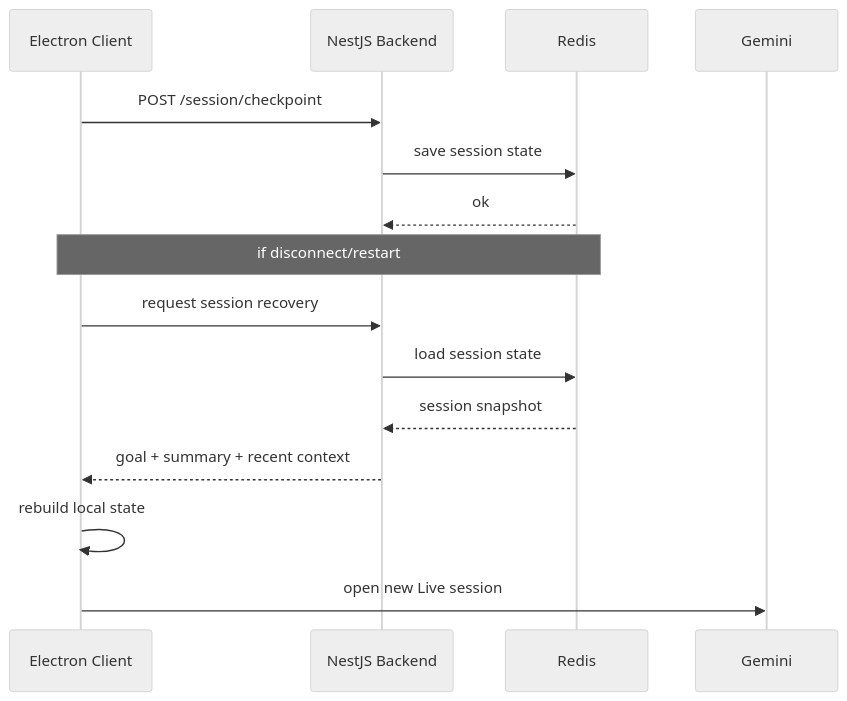
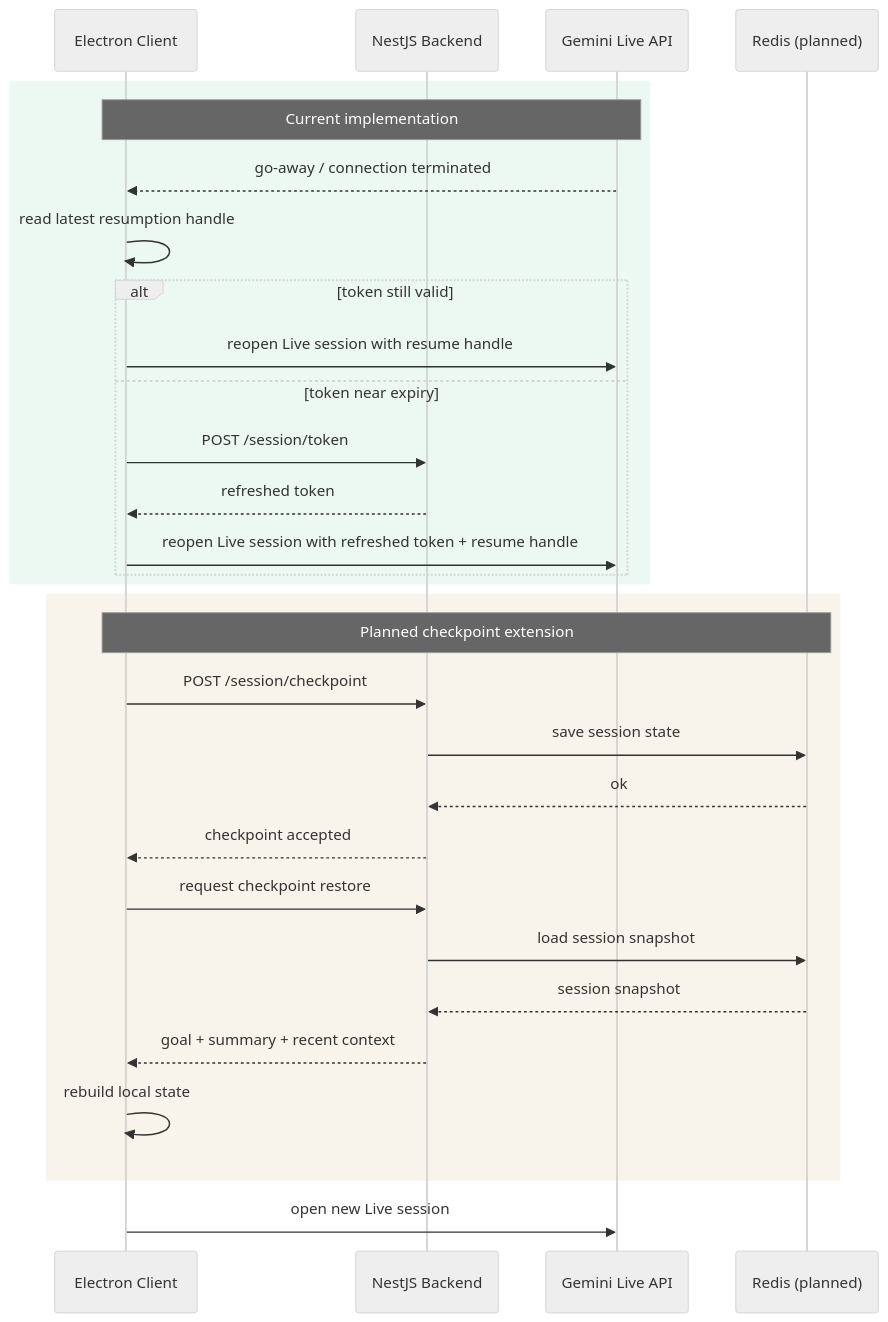
Before and after one commit to rafaself/Livepair: the diagram in docs/diagrams/session-recovery-flow.md, drawn with Mermaid (neutral theme). The commit also changed other lines of this file and 5 other files, not shown here.

Commit message:
docs(docs): align architecture diagrams with current state

````diff
--- a/docs/diagrams/session-recovery-flow.md
+++ b/docs/diagrams/session-recovery-flow.md
@@ -3,19 +3,35 @@
 ```mermaid
 sequenceDiagram
     participant Client as Electron Client
     participant Backend as NestJS Backend
-    participant Redis as Redis
+    participant Gemini as Gemini Live API
+    participant Redis as Redis (planned)
 
-    Client->>Backend: POST /session/checkpoint
-    Backend->>Redis: save session state
-    Redis-->>Backend: ok
+    rect rgb(236, 248, 242)
+        Note over Client,Gemini: Current implementation
+        Gemini-->>Client: go-away / connection terminated
+        Client->>Client: read latest resumption handle
+        alt token still valid
+            Client->>Gemini: reopen Live session with resume handle
+        else token near expiry
+            Client->>Backend: POST /session/token
+            Backend-->>Client: refreshed token
+            Client->>Gemini: reopen Live session with refreshed token + resume handle
+        end
+    end
 
-    Note over Client,Redis: if disconnect/restart
+    rect rgb(248, 244, 236)
+        Note over Client,Redis: Planned checkpoint extension
+        Client->>Backend: POST /session/checkpoint
+        Backend->>Redis: save session state
+        Redis-->>Backend: ok
+        Backend-->>Client: checkpoint accepted
+        Client->>Backend: request checkpoint restore
+        Backend->>Redis: load session snapshot
+        Redis-->>Backend: session snapshot
+        Backend-->>Client: goal + summary + recent context
+        Client->>Client: rebuild local state
+    end
 
-    Client->>Backend: request session recovery
-    Backend->>Redis: load session state
-    Redis-->>Backend: session snapshot
-    Backend-->>Client: goal + summary + recent context
-    Client->>Client: rebuild local state
     Client->>Gemini: open new Live session
 ```
````
